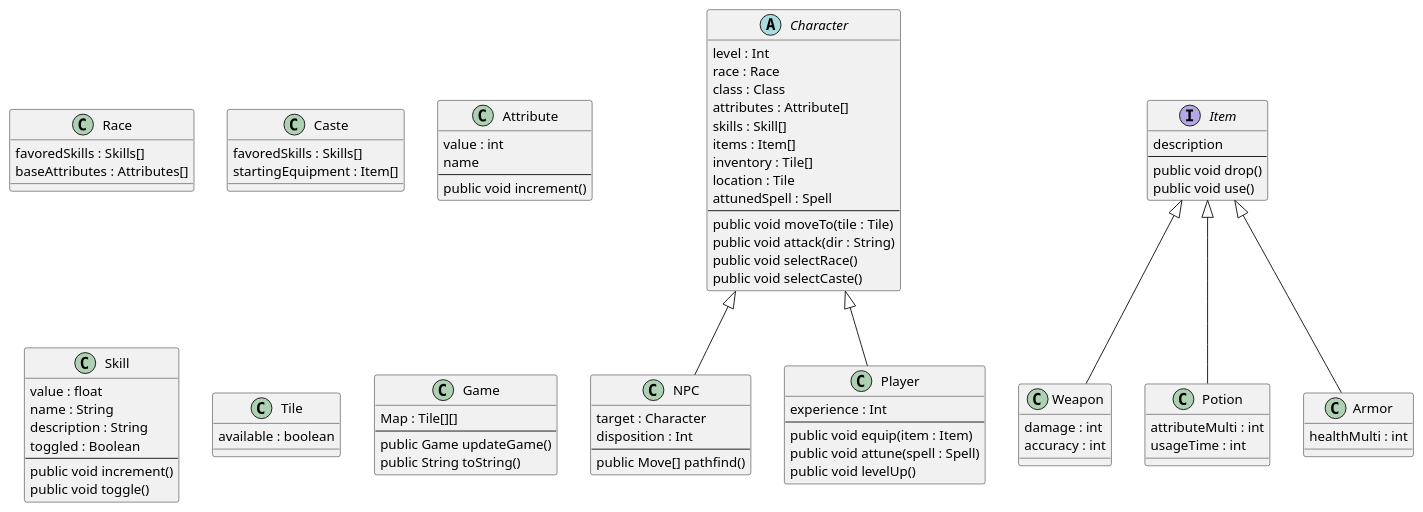
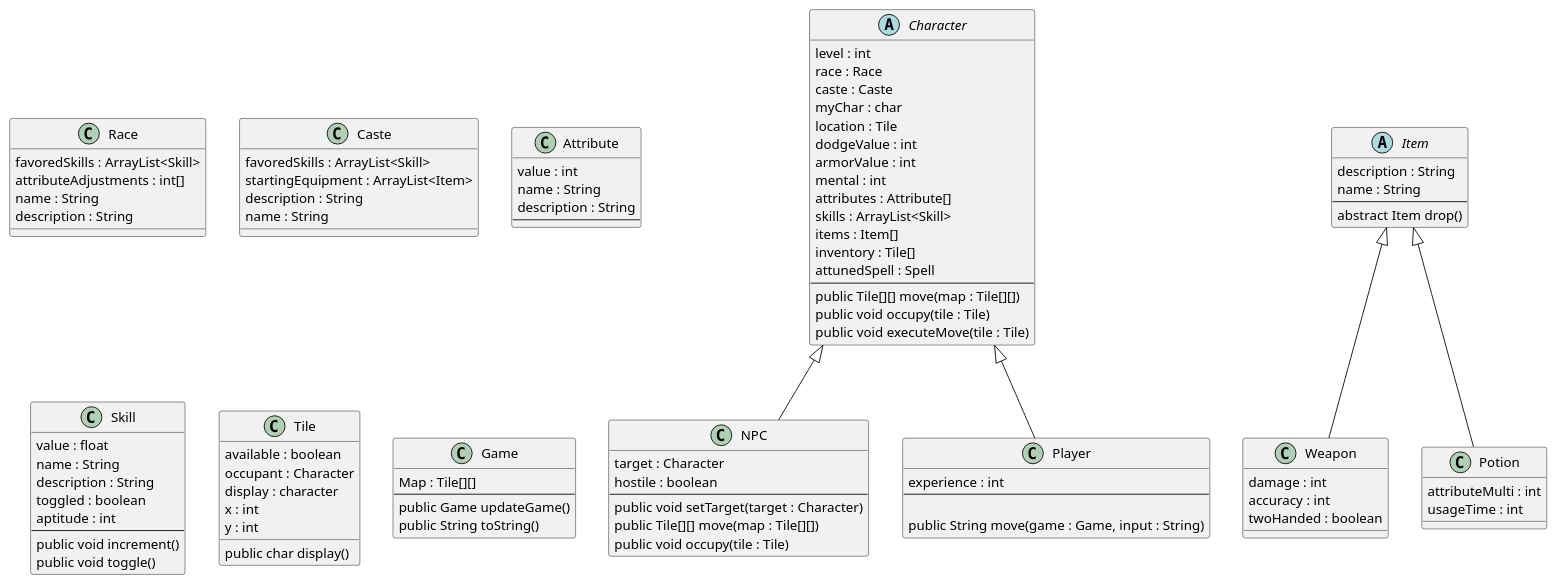
The seventh of 7 diagrams in doc/design.md (dgoldman30/Dungeon_Crawler), drawn with PlantUML before and after one commit. The commit also changed 4 other files, not shown here.

```diff
--- a/doc/design.md
+++ b/doc/design.md
@@ -174,35 +174,39 @@
 
 'classes
 abstract class Character {
-    level : Int
+    level : int
     race : Race
-    class : Class
+    caste : Caste
+    myChar : char
+    location : Tile
+    dodgeValue : int
+    armorValue : int 
+    mental : int
     attributes : Attribute[]
-    skills : Skill[]
+    skills : ArrayList<Skill>
     items : Item[]
     inventory : Tile[]
-    location : Tile
     attunedSpell : Spell
     --
-    public void moveTo(tile : Tile)
-    public void attack(dir : String)
-    public void selectRace()
-    public void selectCaste()
+    public Tile[][] move(map : Tile[][])
+    public void occupy(tile : Tile)
+    public void executeMove(tile : Tile)
 }
 
 class  NPC {
     target : Character
-    disposition : Int
+    hostile : boolean
     --
-    public Move[] pathfind()
+    public void setTarget(target : Character)
+    public Tile[][] move(map : Tile[][])
+    public void occupy(tile : Tile)
 }
 
 class Player {
-    experience : Int
+    experience : int
     --
-    public void equip(item : Item)
-    public void attune(spell : Spell)
-    public void levelUp()
+    
+    public String move(game : Game, input : String)
 }
 
 Character <|-- NPC
@@ -210,34 +214,39 @@
 
 
 class Race {
-    favoredSkills : Skills[]
-    baseAttributes : Attributes[]
+    favoredSkills : ArrayList<Skill>
+    attributeAdjustments : int[]
+    name : String
+    description : String
 }
 
 class Caste {
-    favoredSkills : Skills[]
-    startingEquipment : Item[]
+    favoredSkills : ArrayList<Skill>
+    startingEquipment : ArrayList<Item>
+    description : String
+    name : String
 }
 
-interface Item {
-    description
+abstract Item {
+    description : String
+    name : String
     --
-    public void drop()
-    public void use()
+    abstract Item drop()
 }
 
 class Attribute {
     value : int
-    name
+    name : String
+    description : String
     --
-    public void increment()
 }
 
 class Skill {
     value : float
     name : String
     description : String
-    toggled : Boolean
+    toggled : boolean
+    aptitude : int
     --
     public void increment()
     public void toggle()
@@ -245,21 +254,28 @@
 class Weapon {
 damage : int 
 accuracy : int 
+twoHanded : boolean
+
 }
 class Potion {
 attributeMulti : int 
 usageTime : int 
 }
-class Armor {
-healthMulti : int 
+
+class Tile {
+    available : boolean
+    occupant : Character
+    display : character 
+    x : int 
+    y : int 
+    public char display()
+
 }
+
 Item <|-- Weapon
 Item <|-- Potion
-Item <|-- Armor
 
-class Tile {
-available : boolean
-}
+
 
 'Here we're going to need to add associations between classes and specify now. We can do this while coding.
 'Association between Game and Player
```
